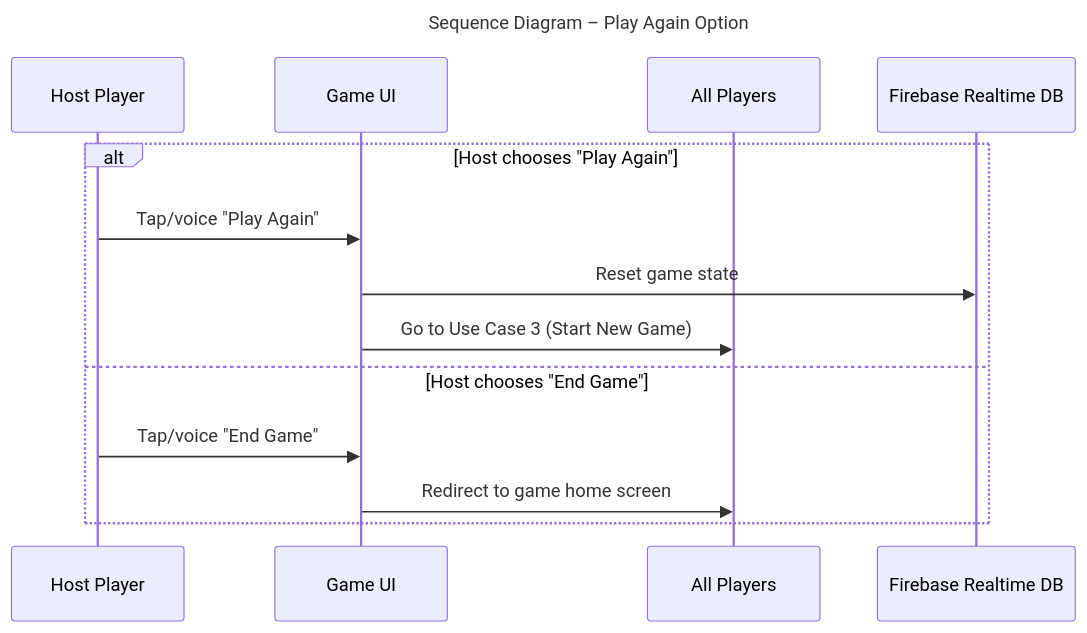
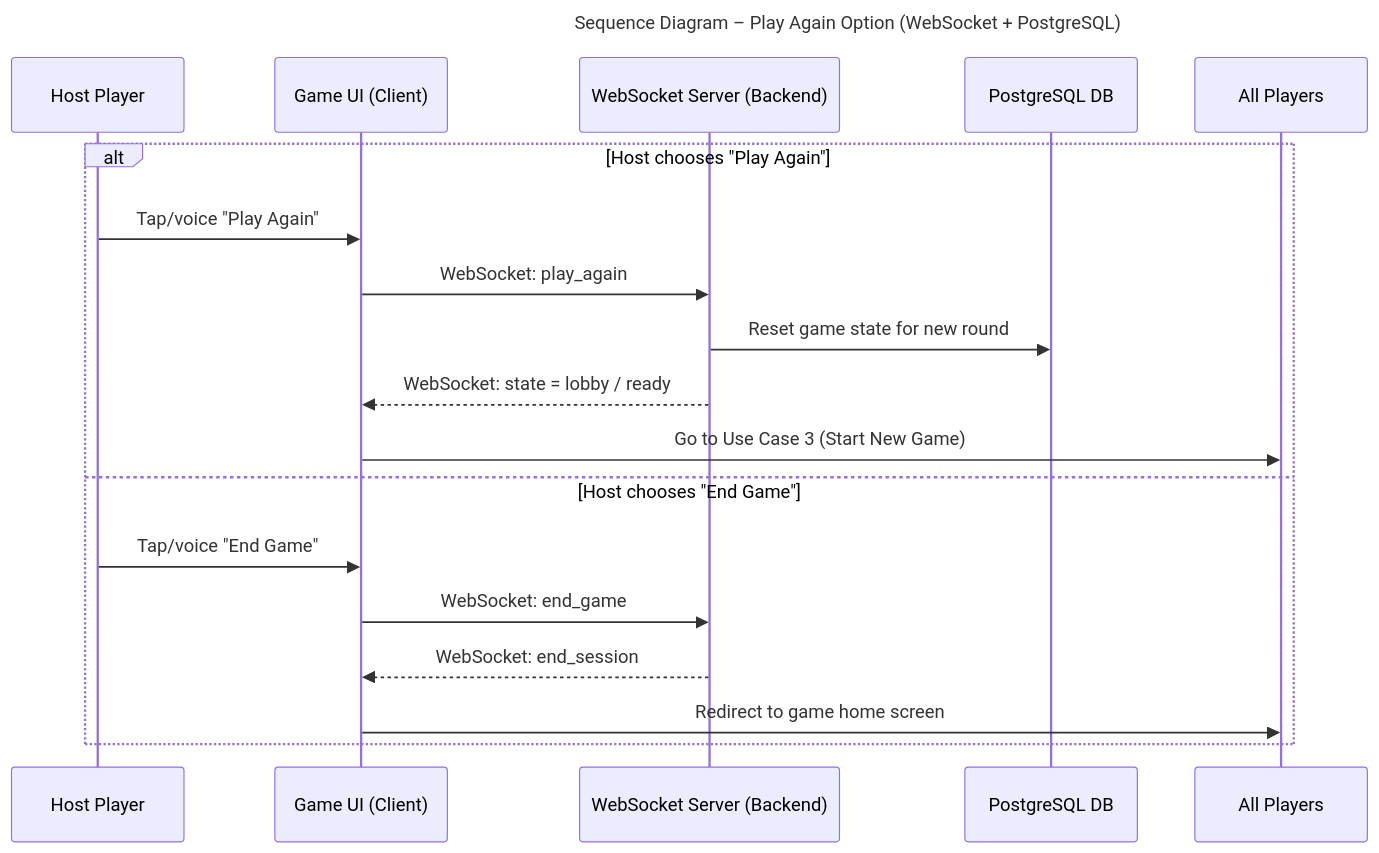
The seventh of 7 diagrams in documentation/docs/system-architecture/sequence-diagrams.md (tug74295/project-acc-hungry-hippos), drawn with Mermaid before and after one commit. The commit also changed other lines of this file, not shown here.

First line of the commit message:
Update sequence-diagrams.md

````diff
--- a/documentation/docs/system-architecture/sequence-diagrams.md
+++ b/documentation/docs/system-architecture/sequence-diagrams.md
@@ -251,20 +253,25 @@
 ```mermaid
 ---
-title: Sequence Diagram – Play Again Option
+title: Sequence Diagram – Play Again Option (WebSocket + PostgreSQL)
 ---
 
 sequenceDiagram
 participant Host as Host Player
-participant Game_UI as Game UI
+participant Game_UI as Game UI (Client)
+participant WS_Server as WebSocket Server (Backend)
+participant DB as PostgreSQL DB
 participant All_Players as All Players
-participant Firebase as Firebase Realtime DB
 
 alt Host chooses "Play Again"
     Host->>Game_UI: Tap/voice "Play Again"
-    Game_UI->>Firebase: Reset game state
+    Game_UI->>WS_Server: WebSocket: play_again
+    WS_Server->>DB: Reset game state for new round
+    WS_Server-->>Game_UI: WebSocket: state = lobby / ready
     Game_UI->>All_Players: Go to Use Case 3 (Start New Game)
 else Host chooses "End Game"
     Host->>Game_UI: Tap/voice "End Game"
+    Game_UI->>WS_Server: WebSocket: end_game
+    WS_Server-->>Game_UI: WebSocket: end_session
     Game_UI->>All_Players: Redirect to game home screen
 end
 ```
````
